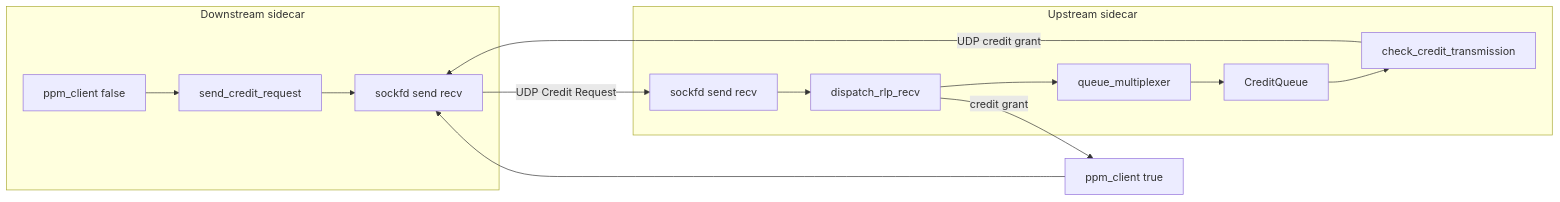
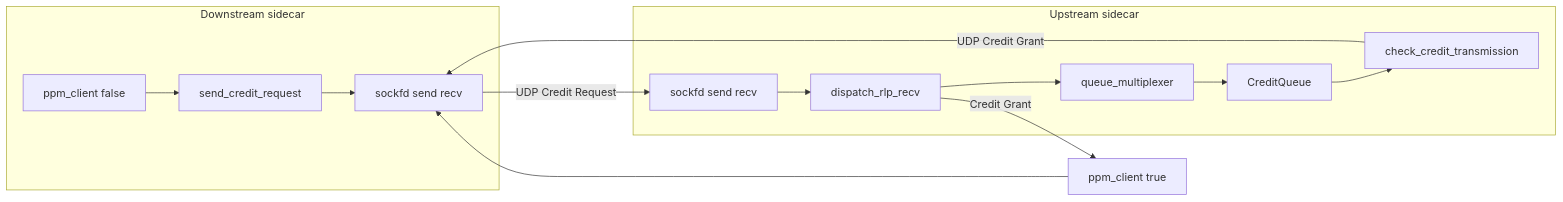
The diagram in docs/udp_rlp_internals.md (roshanfer-project/roshanfer-sidecar), drawn with Mermaid before and after one commit. The commit also changed other lines of this file and 5 other files, not shown here.

Commit message:
chnage credit response to credit grant

````diff
--- a/docs/udp_rlp_internals.md
+++ b/docs/udp_rlp_internals.md
@@ -67,22 +67,22 @@
 ```mermaid
 flowchart LR
   subgraph downstream [Downstream sidecar]
     ppmClient[ppm_client false]
     sendCR[send_credit_request]
     sockIO[sockfd send recv]
   end
   subgraph upstream [Upstream sidecar]
     sockIO2[sockfd send recv]
     dispatch[dispatch_rlp_recv]
     qm[queue_multiplexer]
     cq[CreditQueue]
     checkTx[check_credit_transmission]
   end
   ppmClient --> sendCR --> sockIO
   sockIO -->|"UDP Credit Request"| sockIO2
   sockIO2 --> dispatch
   dispatch --> qm --> cq --> checkTx
-  checkTx -->|UDP credit grant| sockIO
-  dispatch -->|credit grant| ppmTrue[ppm_client true]
+  checkTx -->|UDP Credit Grant| sockIO
+  dispatch -->|Credit Grant| ppmTrue[ppm_client true]
   ppmTrue --> sockIO
 ```
````
